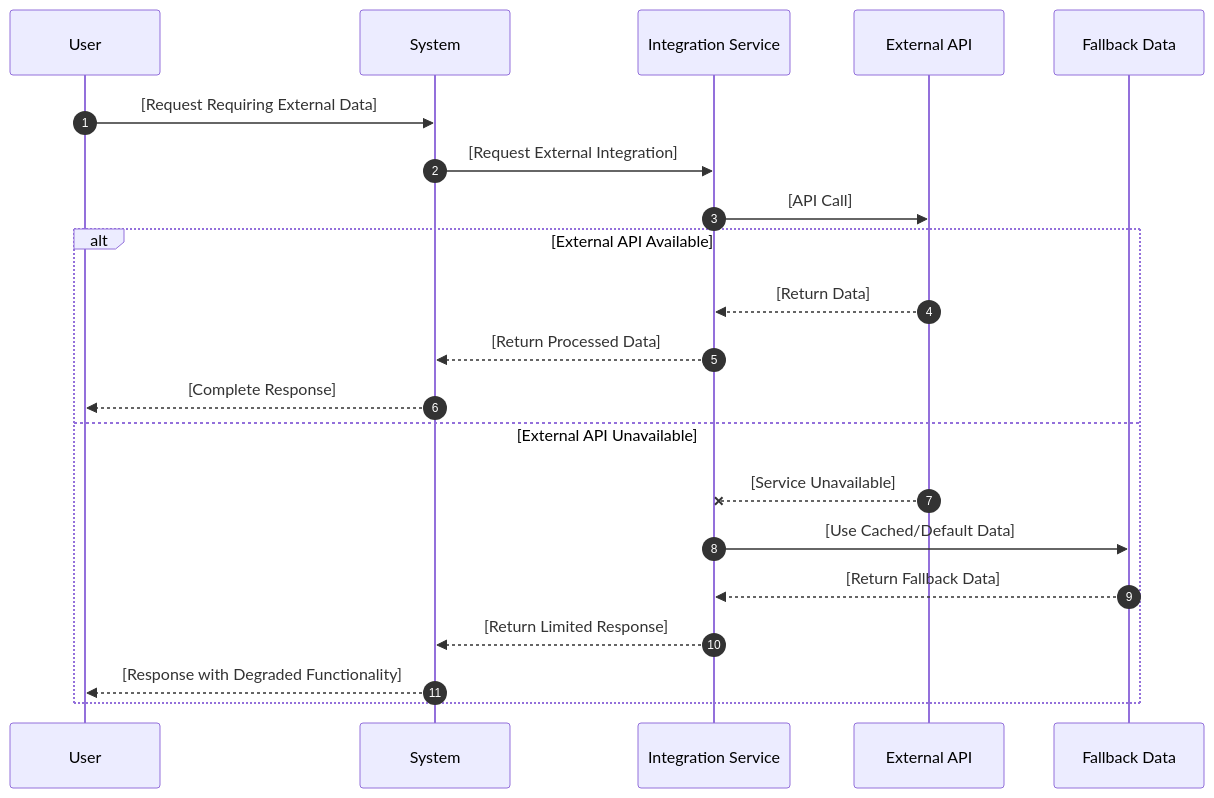
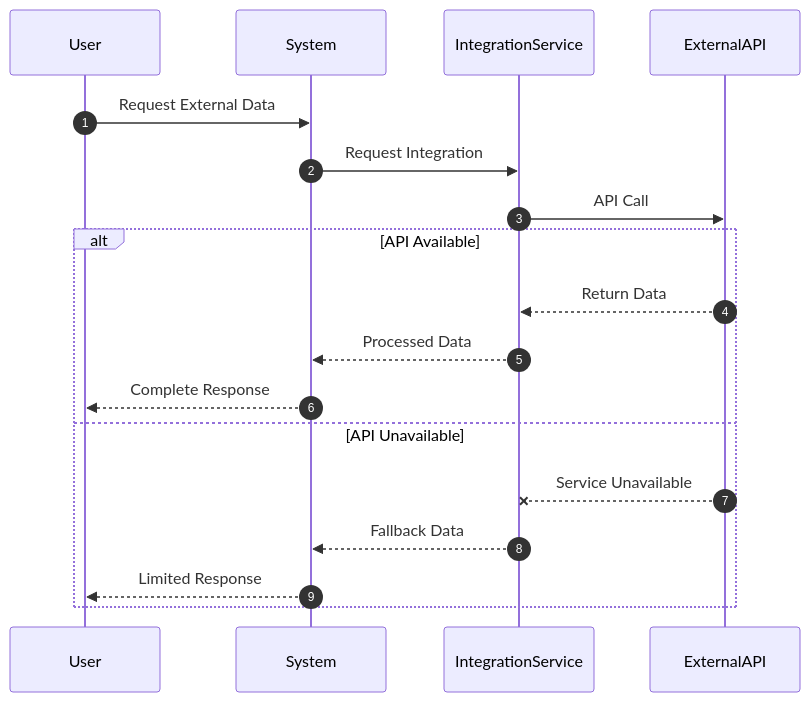
One commit to frostaura/ai.toolkit.gaia changed the fourth of 5 diagrams in .gaia/designs/3-sequence.md. Above: the diagram before and after it, drawn with Mermaid. The commit also changed other lines of this file and 4 other files, not shown here.

````diff
--- a/.gaia/designs/3-sequence.md
+++ b/.gaia/designs/3-sequence.md
@@ -172,26 +93,22 @@
 ```mermaid
 sequenceDiagram
     autonumber
-    participant User as User
-    participant System as System
-    participant IntegrationService as Integration Service
-    participant ExternalAPI as External API
-    participant FallbackData as Fallback Data
+    participant User
+    participant System
+    participant IntegrationService
+    participant ExternalAPI
 
-    User->>System: [Request Requiring External Data]
-    System->>IntegrationService: [Request External Integration]
+    User->>System: Request External Data
+    System->>IntegrationService: Request Integration
+    IntegrationService->>ExternalAPI: API Call
     
-    IntegrationService->>ExternalAPI: [API Call]
-    
-    alt External API Available
-        ExternalAPI-->>IntegrationService: [Return Data]
-        IntegrationService-->>System: [Return Processed Data]
-        System-->>User: [Complete Response]
-    else External API Unavailable
-        ExternalAPI--xIntegrationService: [Service Unavailable]
-        IntegrationService->>FallbackData: [Use Cached/Default Data]
-        FallbackData-->>IntegrationService: [Return Fallback Data]
-        IntegrationService-->>System: [Return Limited Response]
-        System-->>User: [Response with Degraded Functionality]
+    alt API Available
+        ExternalAPI-->>IntegrationService: Return Data
+        IntegrationService-->>System: Processed Data
+        System-->>User: Complete Response
+    else API Unavailable
+        ExternalAPI--xIntegrationService: Service Unavailable
+        IntegrationService-->>System: Fallback Data
+        System-->>User: Limited Response
     end
 ```
````
